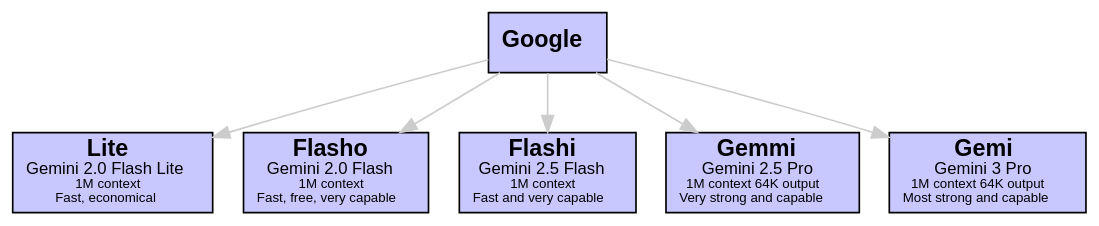
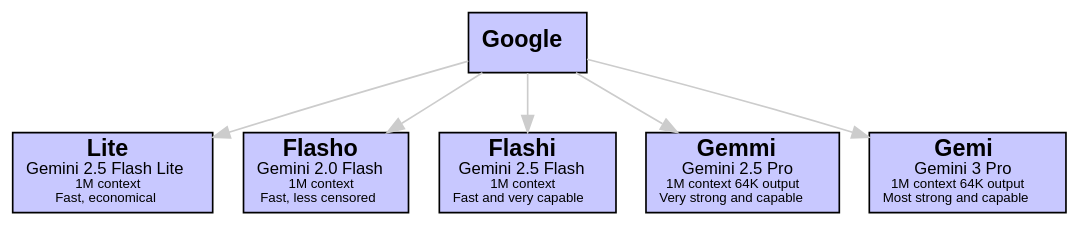
Before and after one commit to sswam/allemande: the seventh of 14 diagrams in doc/guide.md, drawn with Graphviz. The commit also changed other lines of this file and 3 other files, not shown here.

First line of the commit message:
feat(ally): update Gemini 2.5 Flash Lite model details and references

````diff
--- a/doc/guide.md
+++ b/doc/guide.md
@@ -516,20 +516,20 @@
 ```dot
 digraph Google {
     graph [bgcolor=transparent]
     edge [color="#CCCCCC"]
     node [shape=box, style=filled, fillcolor="#C8C8FF", fontname="Helvetica"]
 
     "Google" [label=<<b>Google</b>>]
-    "Lite" [label=<<b>Lite</b><br/><font point-size="10">Gemini 2.0 Flash Lite</font><br/><font point-size="8">1M context</font><br/><font point-size="8">Fast, economical</font>>]
-    "Flasho" [label=<<b>Flasho</b><br/><font point-size="10">Gemini 2.0 Flash</font><br/><font point-size="8">1M context</font><br/><font point-size="8">Fast, free, very capable</font>>]
+    "Lite" [label=<<b>Lite</b><br/><font point-size="10">Gemini 2.5 Flash Lite</font><br/><font point-size="8">1M context</font><br/><font point-size="8">Fast, economical</font>>]
+    "Flasho" [label=<<b>Flasho</b><br/><font point-size="10">Gemini 2.0 Flash</font><br/><font point-size="8">1M context</font><br/><font point-size="8">Fast, less censored</font>>]
     "Flashi" [label=<<b>Flashi</b><br/><font point-size="10">Gemini 2.5 Flash</font><br/><font point-size="8">1M context</font><br/><font point-size="8">Fast and very capable</font>>]
     "Gemmi" [label=<<b>Gemmi</b><br/><font point-size="10">Gemini 2.5 Pro</font><br/><font point-size="8">1M context 64K output</font><br/><font point-size="8">Very strong and capable</font>>]
     "Gemi" [label=<<b>Gemi</b><br/><font point-size="10">Gemini 3 Pro</font><br/><font point-size="8">1M context 64K output</font><br/><font point-size="8">Most strong and capable</font>>]
 
     "Google" -> "Lite"
     "Google" -> "Flasho"
     "Google" -> "Flashi"
     "Google" -> "Gemmi"
     "Google" -> "Gemi"
 }
 ```
````
